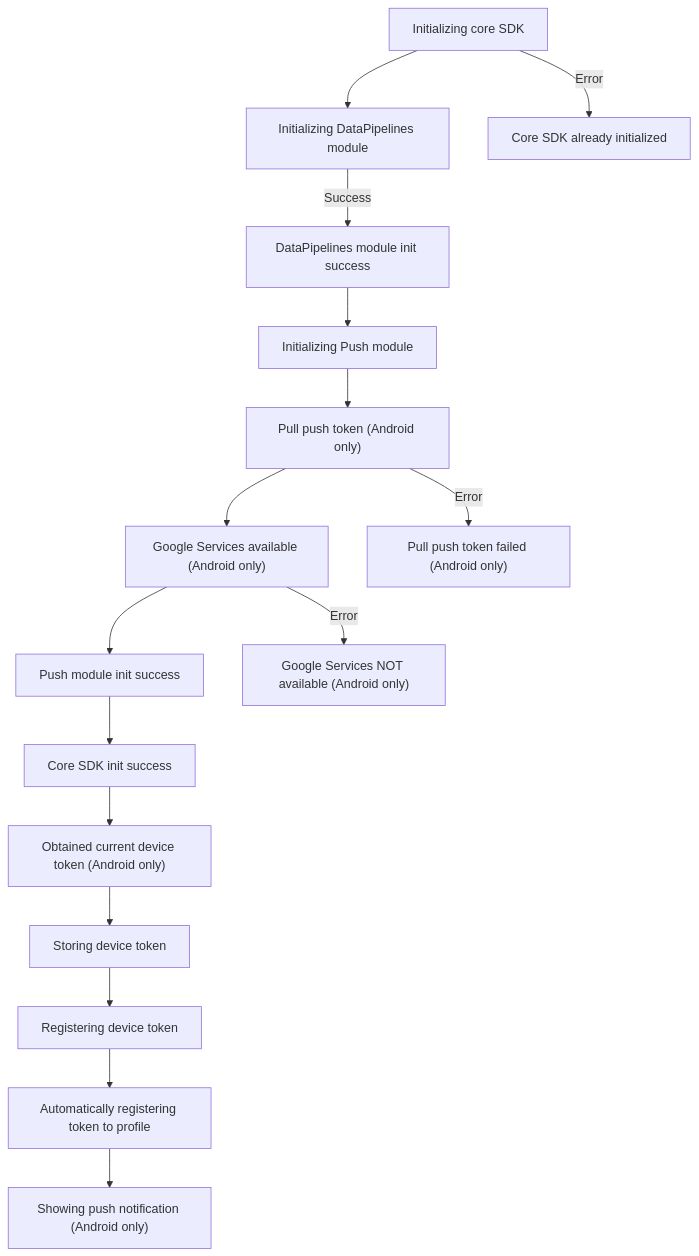
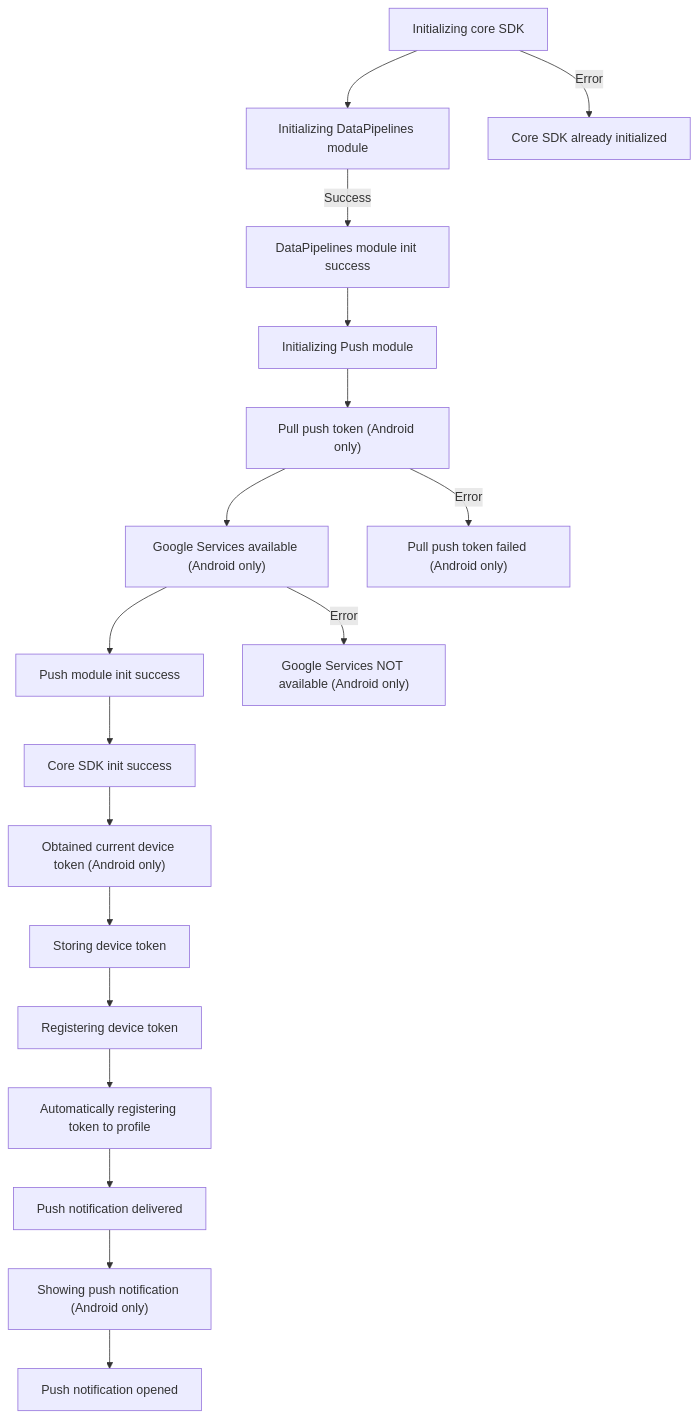
The diagram in generated/mermaid/push/push-init.mmd (customerio/mobile-log-definitions), drawn with Mermaid before and after one commit. The commit also changed 3 other files, not shown here.

Commit message:
Update logs for push notification delivery and opening (#9)

```diff
--- a/generated/mermaid/push/push-init.mmd
+++ b/generated/mermaid/push/push-init.mmd
@@ -1,32 +1,36 @@
 graph TD
 core-sdk-init["Initializing core SDK"]
 core-sdk-init --> data-pipelines-module-init
 core-sdk-init -->|Error| core-sdk-init-already-initialized
 core-sdk-init-already-initialized["Core SDK already initialized"]
 data-pipelines-module-init["Initializing DataPipelines module"]
 data-pipelines-module-init -->|Success| data-pipelines-module-success
 data-pipelines-module-success["DataPipelines module init success"]
 data-pipelines-module-success --> push-module-init
 push-module-init["Initializing Push module"]
 push-module-init --> pulling-current-push-token
 pulling-current-push-token["Pull push token (Android only)"]
 pulling-current-push-token --> push-google-services-available
 pulling-current-push-token -->|Error| pulling-current-push-token-failed
 pulling-current-push-token-failed["Pull push token failed (Android only)"]
 push-google-services-available["Google Services available (Android only)"]
 push-google-services-available --> push-module-success
 push-google-services-available -->|Error| push-google-services-error
 push-google-services-error["Google Services NOT available (Android only)"]
 push-module-success["Push module init success"]
 push-module-success --> core-sdk-init-success
 core-sdk-init-success["Core SDK init success"]
 core-sdk-init-success --> pulled-current-push-token
 pulled-current-push-token["Obtained current device token (Android only)"]
 pulled-current-push-token --> storing-push-token
 storing-push-token["Storing device token"]
 storing-push-token --> registering-push-token
 registering-push-token["Registering device token"]
 registering-push-token --> automatic-profile-push-token-registration
 automatic-profile-push-token-registration["Automatically registering token to profile"]
-automatic-profile-push-token-registration --> show-push-notification
+automatic-profile-push-token-registration --> push-notification-delivered
+push-notification-delivered["Push notification delivered"]
+push-notification-delivered --> show-push-notification
 show-push-notification["Showing push notification (Android only)"]
+show-push-notification --> push-notification-opened
+push-notification-opened["Push notification opened"]
```
